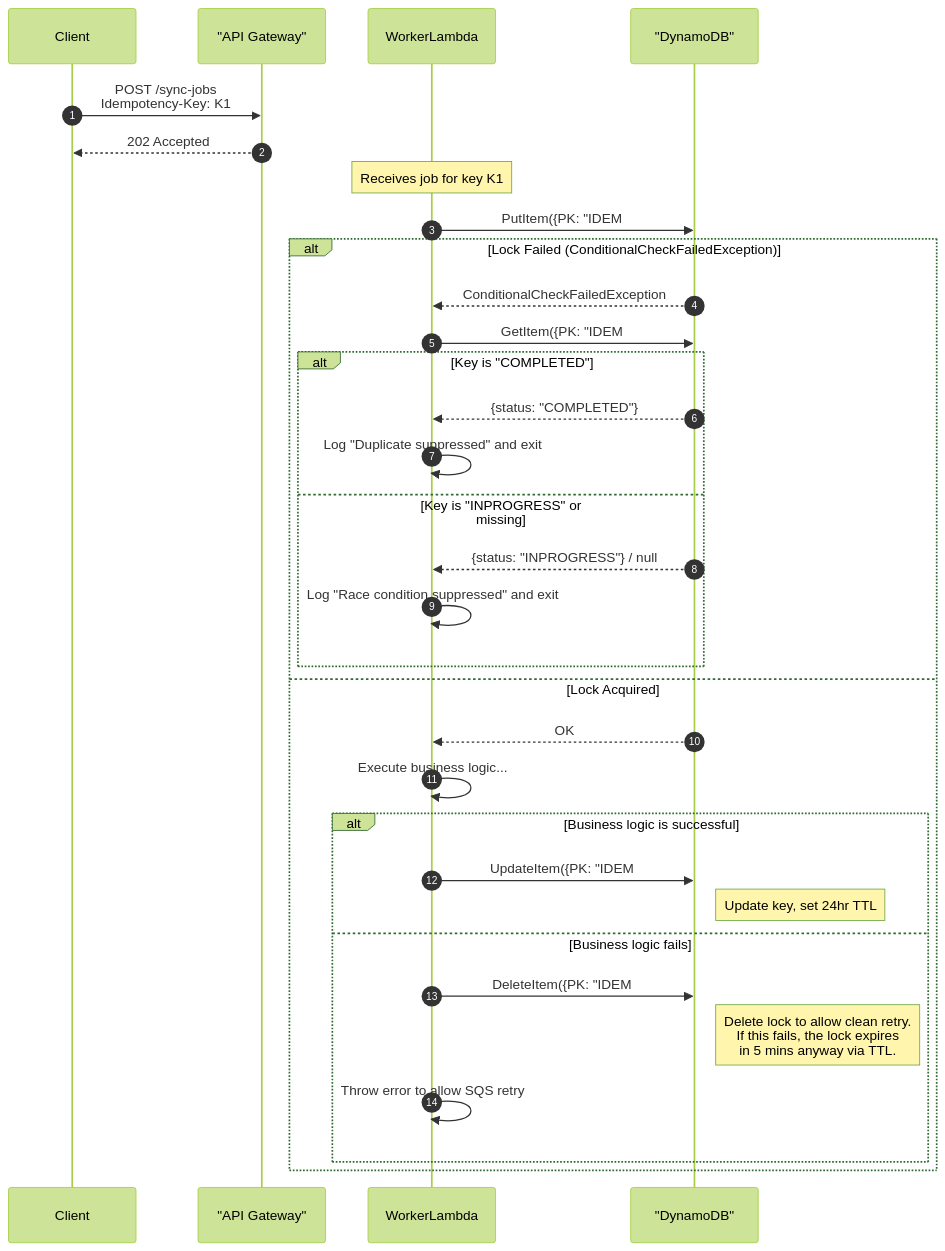
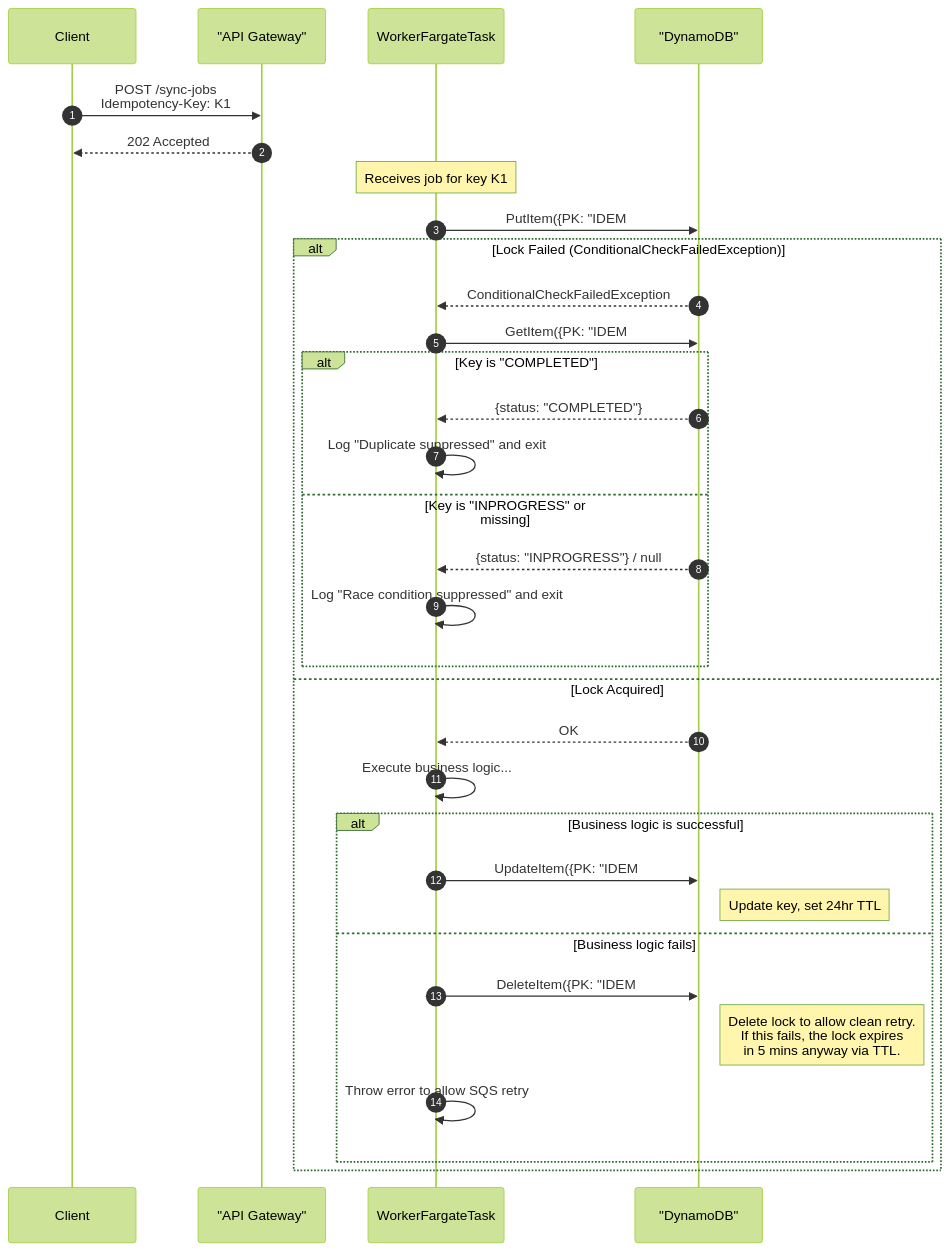
One commit to dino10bit/healthsync changed the sixth of 7 diagrams in 06-technical-architecture.md. Above: the diagram before and after it, drawn with Mermaid (forest theme). The commit also changed other lines of this file and 3 other files, not shown here.

````diff
--- a/06-technical-architecture.md
+++ b/06-technical-architecture.md
@@ -990,37 +1014,37 @@
 ```mermaid
 sequenceDiagram
     autonumber
     participant Client
     participant APIGateway as "API Gateway"
-    participant WorkerLambda
+    participant WorkerFargateTask
     participant IdempotencyStore as "DynamoDB"
 
     Client->>APIGateway: POST /sync-jobs<br>Idempotency-Key: K1
     APIGateway-->>Client: 202 Accepted
 
-    note over WorkerLambda: Receives job for key K1
+    note over WorkerFargateTask: Receives job for key K1
 
-    WorkerLambda->>IdempotencyStore: PutItem({PK: "IDEM#K1", SK: "IDEM#K1", status: "INPROGRESS", ttl: ...})<br>Condition: attribute_not_exists(PK)
+    WorkerFargateTask->>IdempotencyStore: PutItem({PK: "IDEM#K1", SK: "IDEM#K1", status: "INPROGRESS", ttl: ...})<br>Condition: attribute_not_exists(PK)
     alt Lock Failed (ConditionalCheckFailedException)
-        IdempotencyStore-->>WorkerLambda: ConditionalCheckFailedException
-        WorkerLambda->>IdempotencyStore: GetItem({PK: "IDEM#K1"})
+        IdempotencyStore-->>WorkerFargateTask: ConditionalCheckFailedException
+        WorkerFargateTask->>IdempotencyStore: GetItem({PK: "IDEM#K1"})
         alt Key is "COMPLETED"
-            IdempotencyStore-->>WorkerLambda: {status: "COMPLETED"}
-            WorkerLambda->>WorkerLambda: Log "Duplicate suppressed" and exit
+            IdempotencyStore-->>WorkerFargateTask: {status: "COMPLETED"}
+            WorkerFargateTask->>WorkerFargateTask: Log "Duplicate suppressed" and exit
         else Key is "INPROGRESS" or missing
-            IdempotencyStore-->>WorkerLambda: {status: "INPROGRESS"} / null
-            WorkerLambda->>WorkerLambda: Log "Race condition suppressed" and exit
+            IdempotencyStore-->>WorkerFargateTask: {status: "INPROGRESS"} / null
+            WorkerFargateTask->>WorkerFargateTask: Log "Race condition suppressed" and exit
         end
     else Lock Acquired
-        IdempotencyStore-->>WorkerLambda: OK
-        WorkerLambda->>WorkerLambda: Execute business logic...
+        IdempotencyStore-->>WorkerFargateTask: OK
+        WorkerFargateTask->>WorkerFargateTask: Execute business logic...
         alt Business logic is successful
-            WorkerLambda->>IdempotencyStore: UpdateItem({PK: "IDEM#K1", status: "COMPLETED", ttl: ...})
+            WorkerFargateTask->>IdempotencyStore: UpdateItem({PK: "IDEM#K1", status: "COMPLETED", ttl: ...})
             note right of IdempotencyStore: Update key, set 24hr TTL
         else Business logic fails
-            WorkerLambda->>IdempotencyStore: DeleteItem({PK: "IDEM#K1"})
+            WorkerFargateTask->>IdempotencyStore: DeleteItem({PK: "IDEM#K1"})
             note right of IdempotencyStore: Delete lock to allow clean retry.<br>If this fails, the lock expires<br>in 5 mins anyway via TTL.
-            WorkerLambda->>WorkerLambda: Throw error to allow SQS retry
+            WorkerFargateTask->>WorkerFargateTask: Throw error to allow SQS retry
         end
     end
 ```
````
